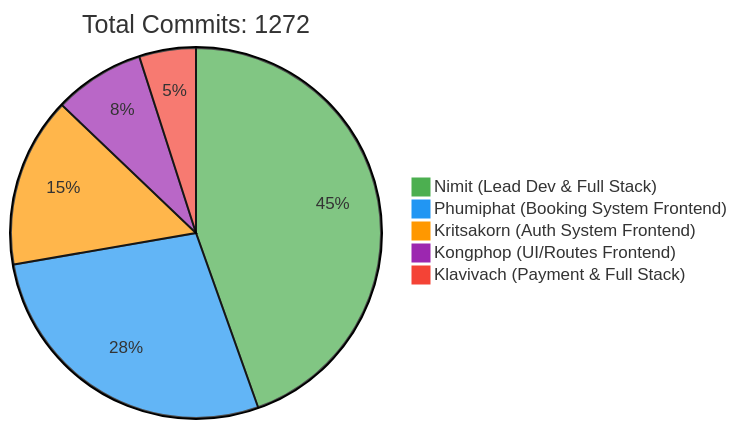
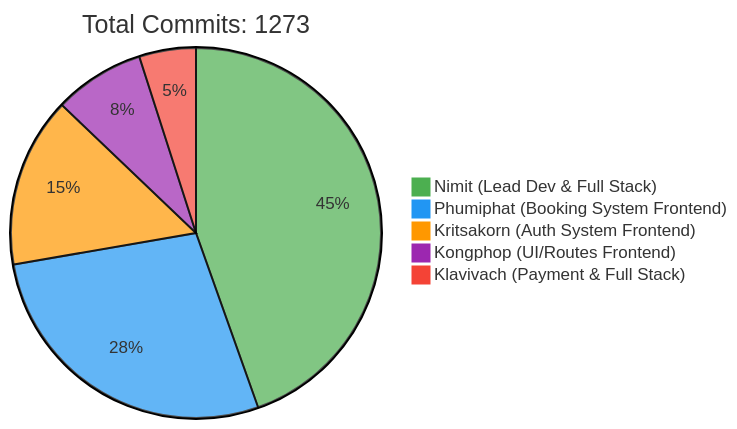
Before and after one commit to 6531503042/Sport-Complex: the first of 2 diagrams in README.md, drawn with Mermaid. The commit also changed other lines of this file, not shown here.

Commit message:
docs: Update contributor statistics [skip ci]

````diff
--- a/README.md
+++ b/README.md
@@ -257,10 +257,10 @@
 ```mermaid
 %%{init: {'theme': 'base', 'themeVariables': { 'pie1': '#4CAF50', 'pie2': '#2196F3', 'pie3': '#FF9800', 'pie4': '#9C27B0', 'pie5': '#F44336'}}}%%
 pie
-    title Total Commits: 1272
+    title Total Commits: 1273
     "Nimit (Lead Dev & Full Stack)" : 450
     "Phumiphat (Booking System Frontend)" : 280
     "Kritsakorn (Auth System Frontend)" : 150
     "Kongphop (UI/Routes Frontend)" : 80
     "Klavivach (Payment & Full Stack)" : 50
 ```
````
